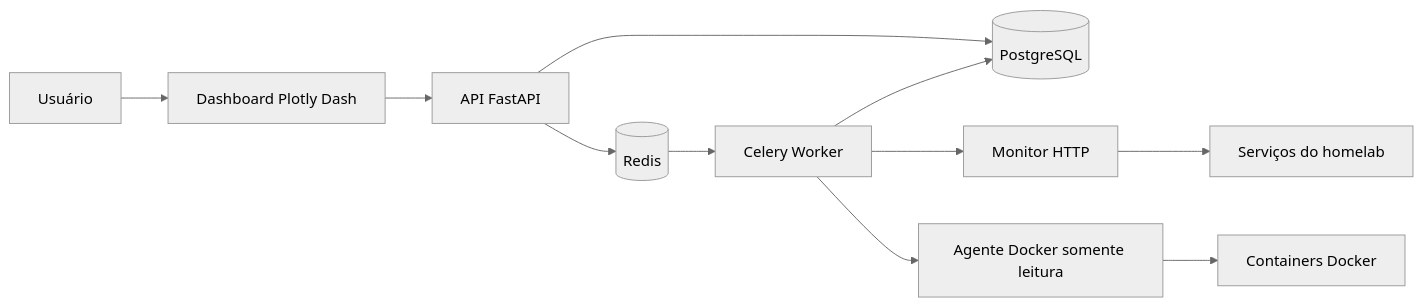
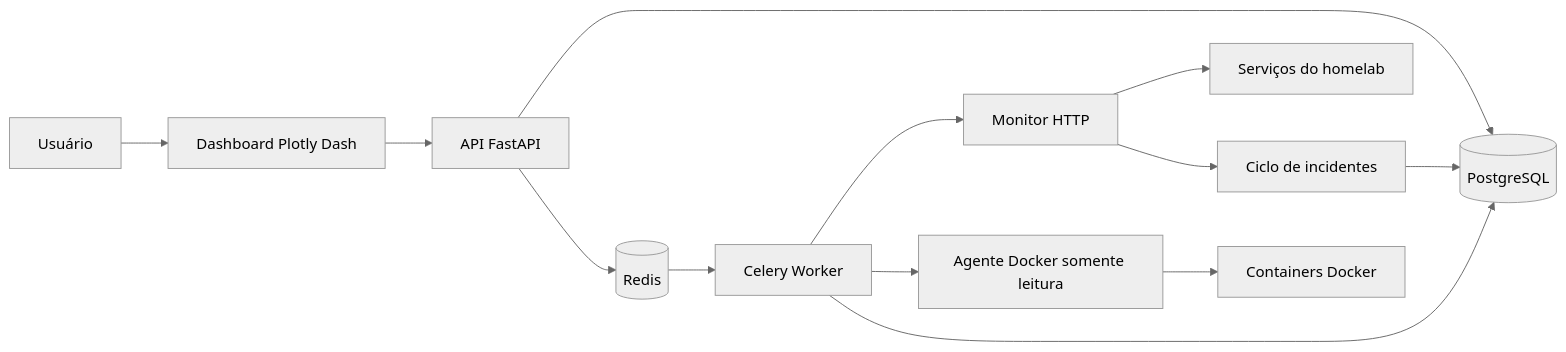
Before and after one commit to Silva-D-Romario/HomeLab-Pulse: the diagram in docs/arquitetura.md, drawn with Mermaid (neutral theme). The commit also changed other lines of this file and 1 other file, not shown here.

Commit message:
Documenta incidentes e monitoramento agendado

````diff
--- a/docs/arquitetura.md
+++ b/docs/arquitetura.md
@@ -3,13 +3,15 @@
 ```mermaid
 flowchart LR
     U[Usuário] --> D[Dashboard Plotly Dash]
     D --> A[API FastAPI]
     A --> P[(PostgreSQL)]
     A --> R[(Redis)]
     R --> C[Celery Worker]
     C --> H[Monitor HTTP]
     C --> G[Agente Docker somente leitura]
     H --> S[Serviços do homelab]
     G --> X[Containers Docker]
+    H --> I[Ciclo de incidentes]
+    I --> P
     C --> P
 ```
````
